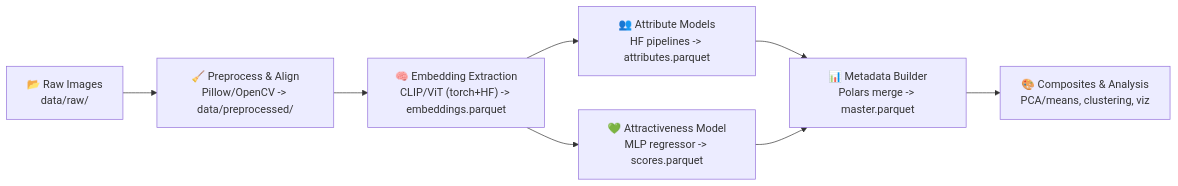
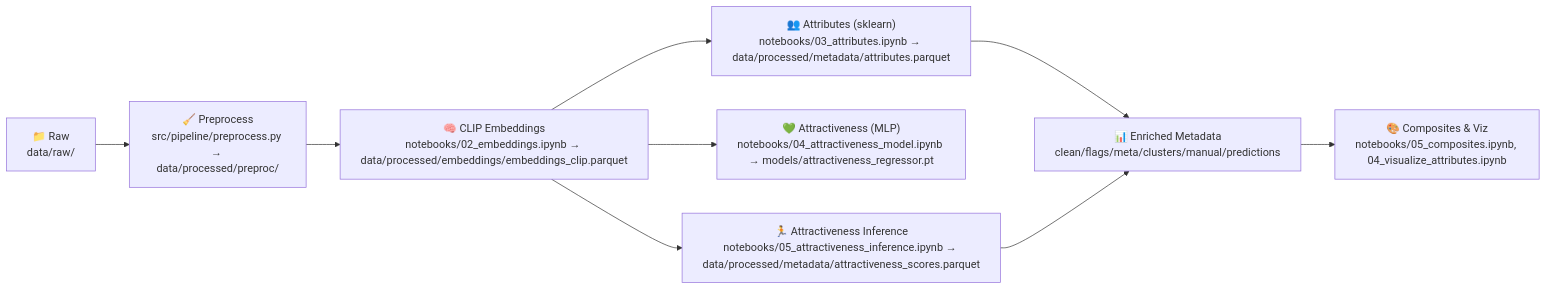
Before and after one commit to jayklarin/FaceStats: the first of 4 diagrams in README.md, drawn with Mermaid. The commit also changed other lines of this file, not shown here.

````diff
--- a/README.md
+++ b/README.md
@@ -51,10 +76,11 @@
 ```mermaid
 flowchart LR
-    A["📂 Raw Images<br>data/raw/"] --> B["🧹 Preprocess & Align<br>Pillow/OpenCV -> data/preprocessed/"]
-    B --> C["🧠 Embedding Extraction<br>CLIP/ViT (torch+HF) -> embeddings.parquet"]
-    C --> D["👥 Attribute Models<br>HF pipelines -> attributes.parquet"]
-    C --> E["💚 Attractiveness Model<br>MLP regressor -> scores.parquet"]
-    D --> F["📊 Metadata Builder<br>Polars merge -> master.parquet"]
-    E --> F
-    F --> G["🎨 Composites & Analysis<br>PCA/means, clustering, viz"]
+    A["📁 Raw<br>data/raw/"] --> B["🧹 Preprocess<br>src/pipeline/preprocess.py → data/processed/preproc/"]
+    B --> C["🧠 CLIP Embeddings<br>notebooks/02_embeddings.ipynb → data/processed/embeddings/embeddings_clip.parquet"]
+    C --> D["👥 Attributes (sklearn)<br>notebooks/03_attributes.ipynb → data/processed/metadata/attributes.parquet"]
+    C --> E["💚 Attractiveness (MLP)<br>notebooks/04_attractiveness_model.ipynb → models/attractiveness_regressor.pt"]
+    C --> F["🏃 Attractiveness Inference<br>notebooks/05_attractiveness_inference.ipynb → data/processed/metadata/attractiveness_scores.parquet"]
+    D --> G["📊 Enriched Metadata<br>clean/flags/meta/clusters/manual/predictions"]
+    F --> G
+    G --> H["🎨 Composites & Viz<br>notebooks/05_composites.ipynb, 04_visualize_attributes.ipynb"]
 ```
````
